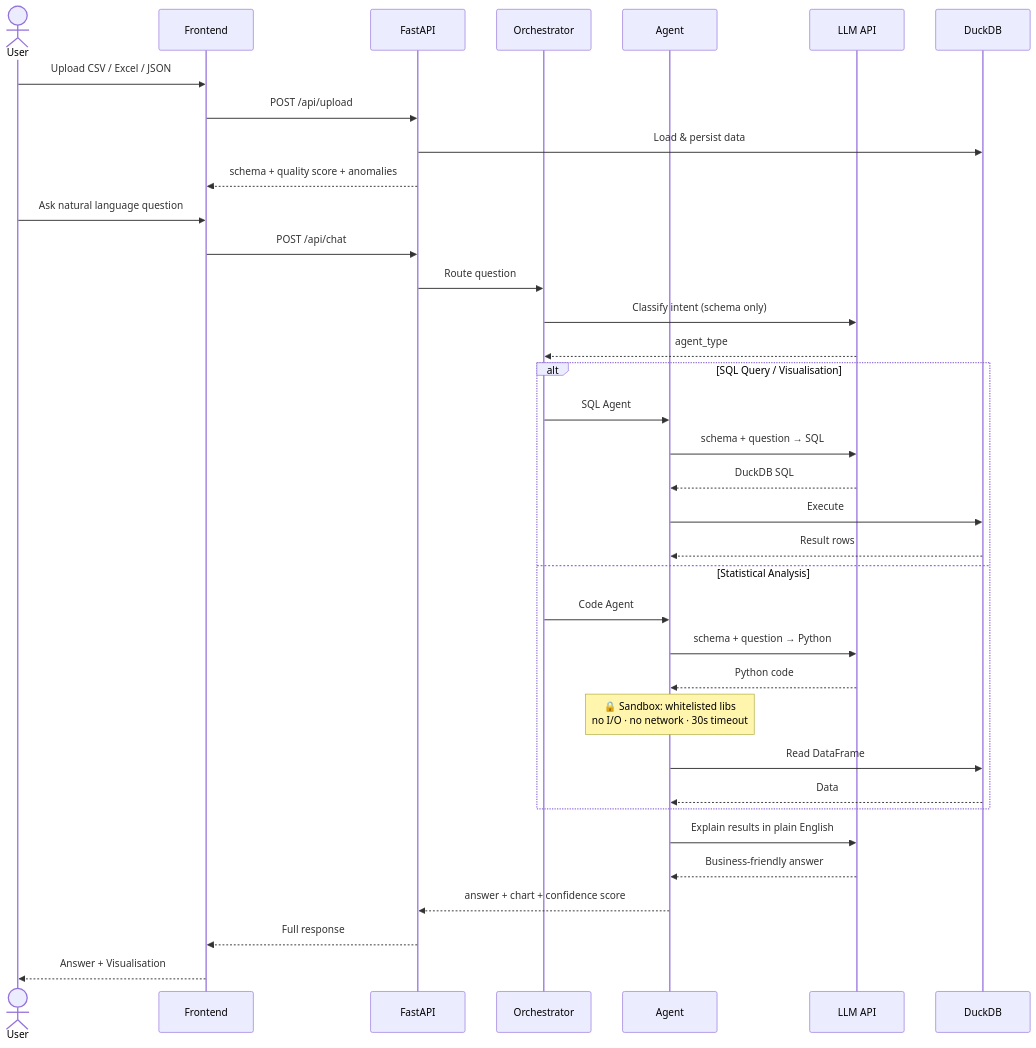
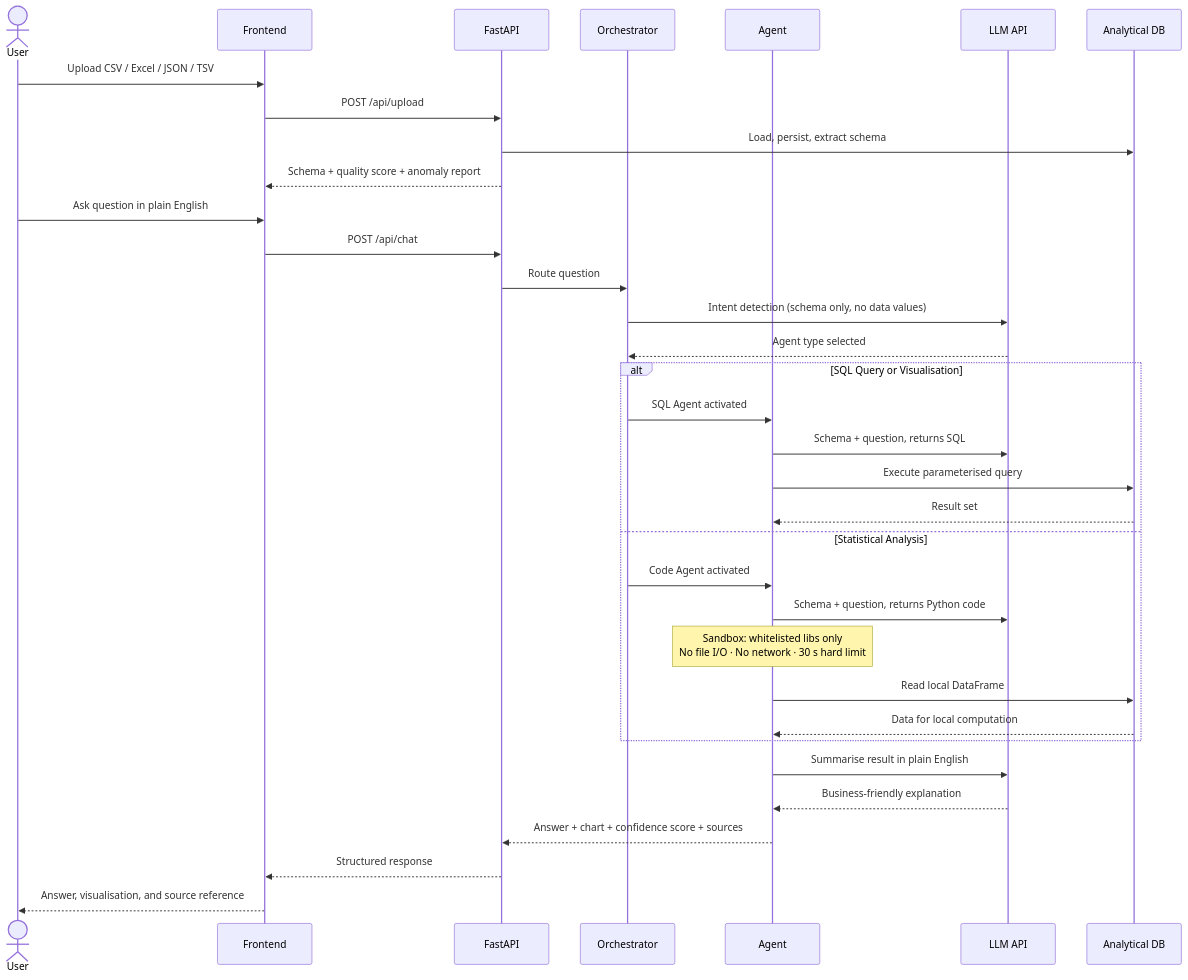
The second of 2 diagrams in README.md (Gagan202005/DataTalk), drawn with Mermaid before and after one commit. The commit also changed other lines of this file, not shown here.

First line of the commit message:
docs: revise README with professional tone, layered security, improved diagrams

````diff
--- a/README.md
+++ b/README.md
@@ -46,42 +67,40 @@
 ```mermaid
 sequenceDiagram
     actor U as User
     participant F as Frontend
     participant B as FastAPI
     participant O as Orchestrator
     participant A as Agent
     participant L as LLM API
-    participant D as DuckDB
+    participant D as Analytical DB
 
-    U->>F: Upload CSV / Excel / JSON
+    U->>F: Upload CSV / Excel / JSON / TSV
     F->>B: POST /api/upload
-    B->>D: Load & persist data
-    B-->>F: schema + quality score + anomalies
+    B->>D: Load, persist, extract schema
+    B-->>F: Schema + quality score + anomaly report
 
-    U->>F: Ask natural language question
+    U->>F: Ask question in plain English
     F->>B: POST /api/chat
     B->>O: Route question
-    O->>L: Classify intent (schema only)
-    L-->>O: agent_type
+    O->>L: Intent detection (schema only, no data values)
+    L-->>O: Agent type selected
 
-    alt SQL Query / Visualisation
-        O->>A: SQL Agent
-        A->>L: schema + question → SQL
-        L-->>A: DuckDB SQL
-        A->>D: Execute
-        D-->>A: Result rows
+    alt SQL Query or Visualisation
+        O->>A: SQL Agent activated
+        A->>L: Schema + question, returns SQL
+        A->>D: Execute parameterised query
+        D-->>A: Result set
     else Statistical Analysis
-        O->>A: Code Agent
-        A->>L: schema + question → Python
-        L-->>A: Python code
-        Note over A: 🔒 Sandbox: whitelisted libs<br/>no I/O · no network · 30s timeout
-        A->>D: Read DataFrame
-        D-->>A: Data
+        O->>A: Code Agent activated
+        A->>L: Schema + question, returns Python code
+        Note over A: Sandbox: whitelisted libs only<br/>No file I/O · No network · 30 s hard limit
+        A->>D: Read local DataFrame
+        D-->>A: Data for local computation
     end
 
-    A->>L: Explain results in plain English
-    L-->>A: Business-friendly answer
-    A-->>B: answer + chart + confidence score
-    B-->>F: Full response
-    F-->>U: Answer + Visualisation
+    A->>L: Summarise result in plain English
+    L-->>A: Business-friendly explanation
+    A-->>B: Answer + chart + confidence score + sources
+    B-->>F: Structured response
+    F-->>U: Answer, visualisation, and source reference
 ```
````
